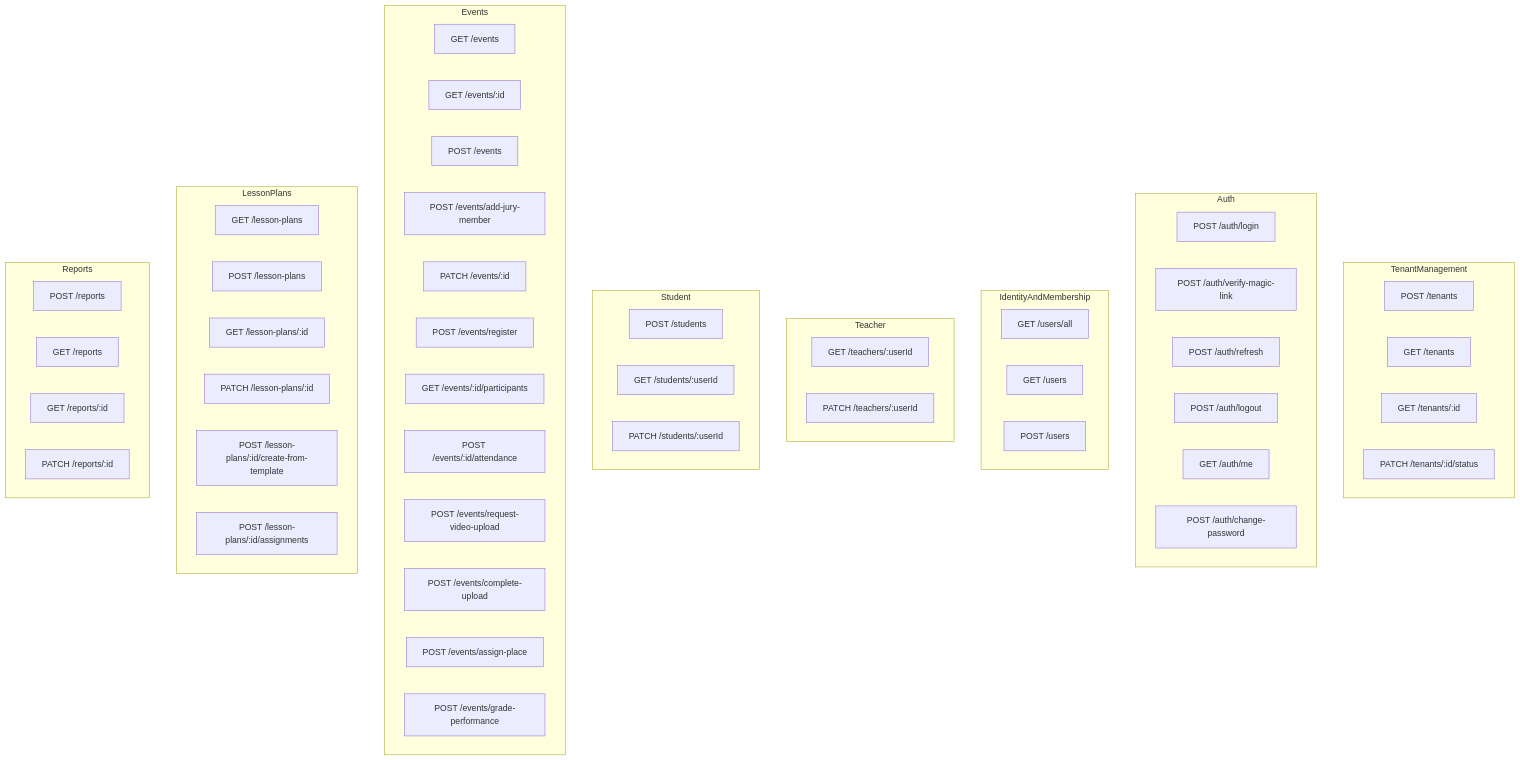
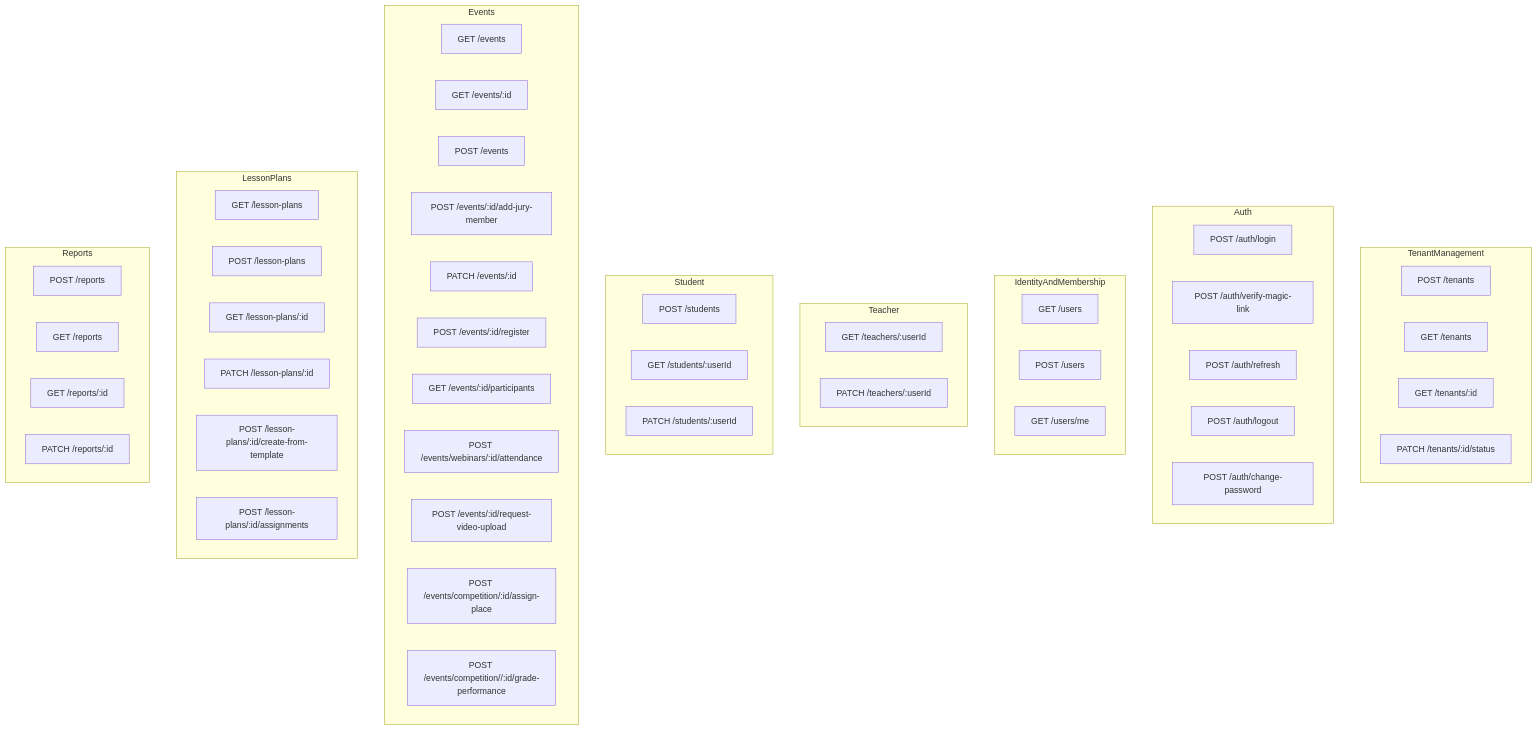
One commit to KaterynaKocheharova/Multi-tenant-architecture changed the first of 10 diagrams in architecture-homework/docs/api-design.md. Above: the diagram before and after it, drawn with Mermaid. The commit also changed other lines of this file and 1 other file, not shown here.

````diff
--- a/architecture-homework/docs/api-design.md
+++ b/architecture-homework/docs/api-design.md
@@ -75,66 +67,64 @@
 ```mermaid
 flowchart TB
   subgraph TenantManagement
     TM1[POST /tenants]
     TM2[GET /tenants]
     TM3[GET /tenants/:id]
     TM4[PATCH /tenants/:id/status]
   end
 
   subgraph Auth
     A1[POST /auth/login]
     A2[POST /auth/verify-magic-link]
     A3[POST /auth/refresh]
     A4[POST /auth/logout]
-    A5[GET /auth/me]
-    A6[POST /auth/change-password]
+    A5[POST /auth/change-password]
   end
 
   subgraph IdentityAndMembership
-    I1[GET /users/all]
-    I2[GET /users]
-    I3[POST /users]
+    I1[GET /users]
+    I2[POST /users]
+    I3[GET /users/me]
   end
 
   subgraph Teacher
     T1[GET /teachers/:userId]
     T2[PATCH /teachers/:userId]
   end
 
   subgraph Student
     S1[POST /students]
     S2[GET /students/:userId]
     S3[PATCH /students/:userId]
   end
 
   subgraph Events
     E1[GET /events]
     E2[GET /events/:id]
     E3[POST /events]
-    E4[POST /events/add-jury-member]
+    E4[POST /events/:id/add-jury-member]
     E5[PATCH /events/:id]
-    E6[POST /events/register]
+    E6[POST /events/:id/register]
     E7[GET /events/:id/participants]
-    E8[POST /events/:id/attendance]
-    E9[POST /events/request-video-upload]
-    E10[POST /events/complete-upload]
-    E11[POST /events/assign-place]
-    E12[POST /events/grade-performance]
+    E8[POST /events/webinars/:id/attendance]
+    E9[POST /events/:id/request-video-upload]
+    E10[POST /events/competition/:id/assign-place]
+    E11[POST /events/competition//:id/grade-performance]
   end
 
   subgraph LessonPlans
     L1[GET /lesson-plans]
     L2[POST /lesson-plans]
     L3[GET /lesson-plans/:id]
     L4[PATCH /lesson-plans/:id]
     L5[POST /lesson-plans/:id/create-from-template]
     L6[POST /lesson-plans/:id/assignments]
   end
 
   subgraph Reports
     R1[POST /reports]
     R2[GET /reports]
     R3[GET /reports/:id]
     R4[PATCH /reports/:id]
   end
 ```
````
